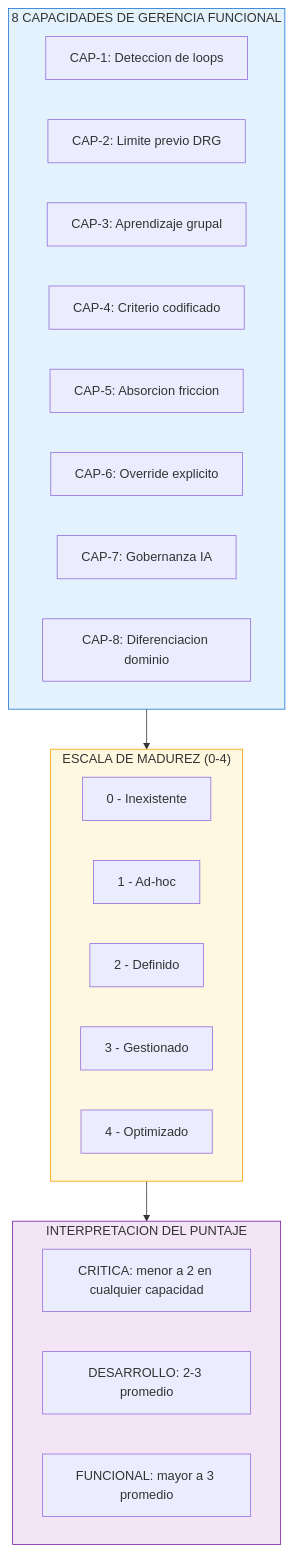
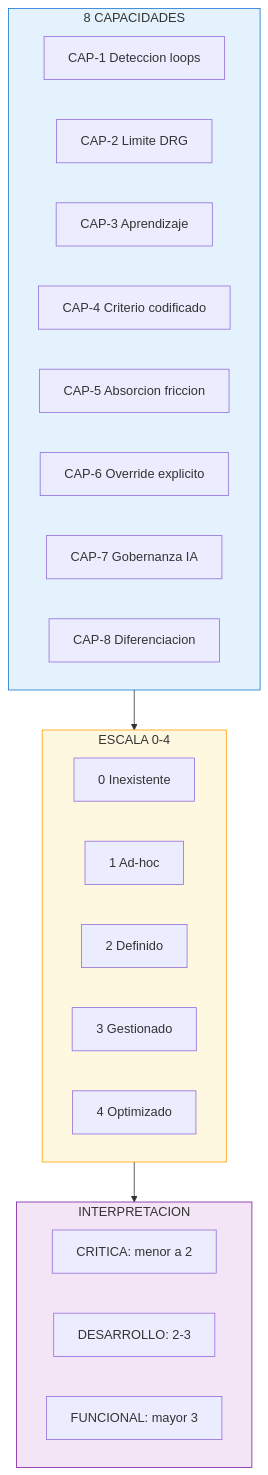
The diagram in assets/diagrams/AppE-radar-capacidades.mermaid (gonzalezulises/mas-control-mas-caos), drawn with Mermaid before and after one commit. The commit also changed 4 other files, not shown here.

First line of the commit message:
Shorten diagram titles to prevent cutoff

```diff
--- a/assets/diagrams/AppE-radar-capacidades.mermaid
+++ b/assets/diagrams/AppE-radar-capacidades.mermaid
@@ -1,33 +1,33 @@
 %%{init: {'flowchart': {'curve': 'basis'}}}%%
 flowchart TB
-    subgraph CAP["8 CAPACIDADES DE GERENCIA FUNCIONAL"]
-        C1["CAP-1: Deteccion de loops"]
-        C2["CAP-2: Limite previo DRG"]
-        C3["CAP-3: Aprendizaje grupal"]
-        C4["CAP-4: Criterio codificado"]
-        C5["CAP-5: Absorcion friccion"]
-        C6["CAP-6: Override explicito"]
-        C7["CAP-7: Gobernanza IA"]
-        C8["CAP-8: Diferenciacion dominio"]
+    subgraph CAP["8 CAPACIDADES"]
+        C1[CAP-1 Deteccion loops]
+        C2[CAP-2 Limite DRG]
+        C3[CAP-3 Aprendizaje]
+        C4[CAP-4 Criterio codificado]
+        C5[CAP-5 Absorcion friccion]
+        C6[CAP-6 Override explicito]
+        C7[CAP-7 Gobernanza IA]
+        C8[CAP-8 Diferenciacion]
     end
 
-    subgraph NIVELES["ESCALA DE MADUREZ (0-4)"]
-        N0["0 - Inexistente"]
-        N1["1 - Ad-hoc"]
-        N2["2 - Definido"]
-        N3["3 - Gestionado"]
-        N4["4 - Optimizado"]
+    subgraph NIVELES["ESCALA 0-4"]
+        N0[0 Inexistente]
+        N1[1 Ad-hoc]
+        N2[2 Definido]
+        N3[3 Gestionado]
+        N4[4 Optimizado]
     end
 
-    subgraph ZONAS["INTERPRETACION DEL PUNTAJE"]
-        Z1["CRITICA: menor a 2 en cualquier capacidad"]
-        Z2["DESARROLLO: 2-3 promedio"]
-        Z3["FUNCIONAL: mayor a 3 promedio"]
+    subgraph ZONAS["INTERPRETACION"]
+        Z1[CRITICA: menor a 2]
+        Z2[DESARROLLO: 2-3]
+        Z3[FUNCIONAL: mayor 3]
     end
 
     CAP --> NIVELES
     NIVELES --> ZONAS
 
     style CAP fill:#e3f2fd,stroke:#1976d2
     style NIVELES fill:#fff8e1,stroke:#ffa000
     style ZONAS fill:#f3e5f5,stroke:#7b1fa2
```
